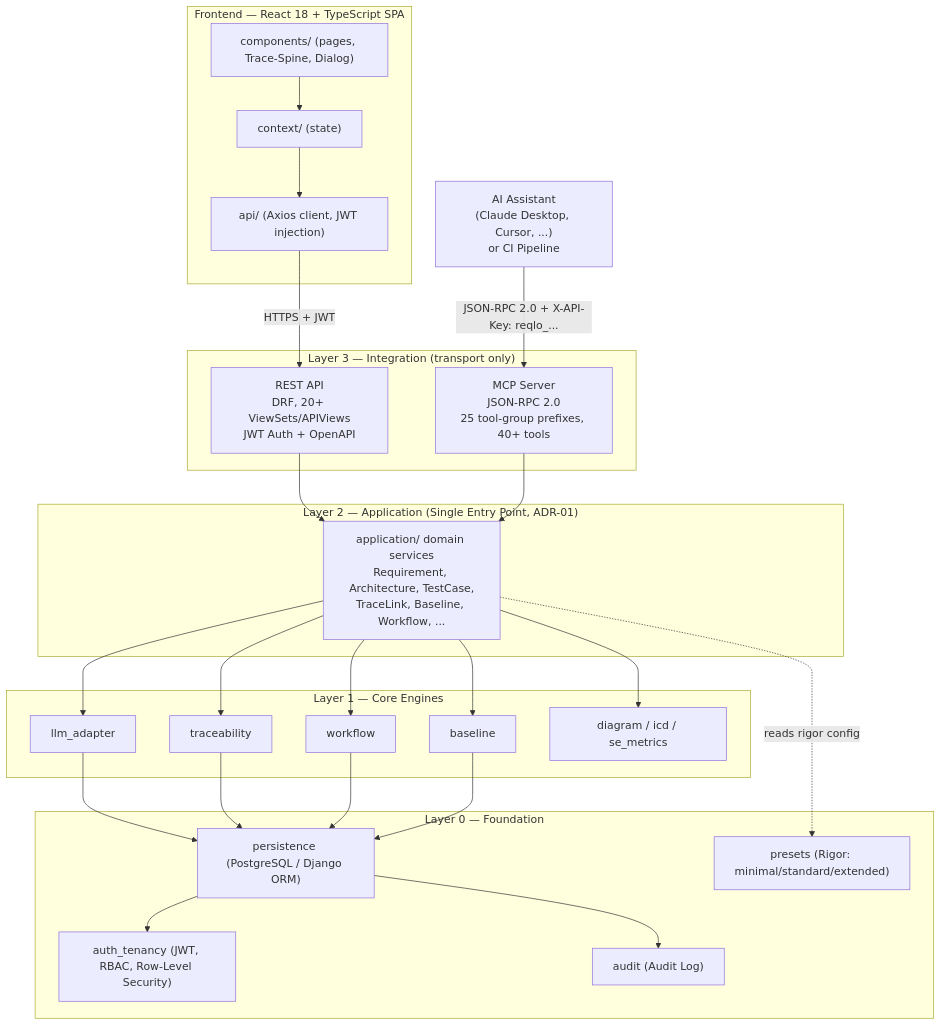
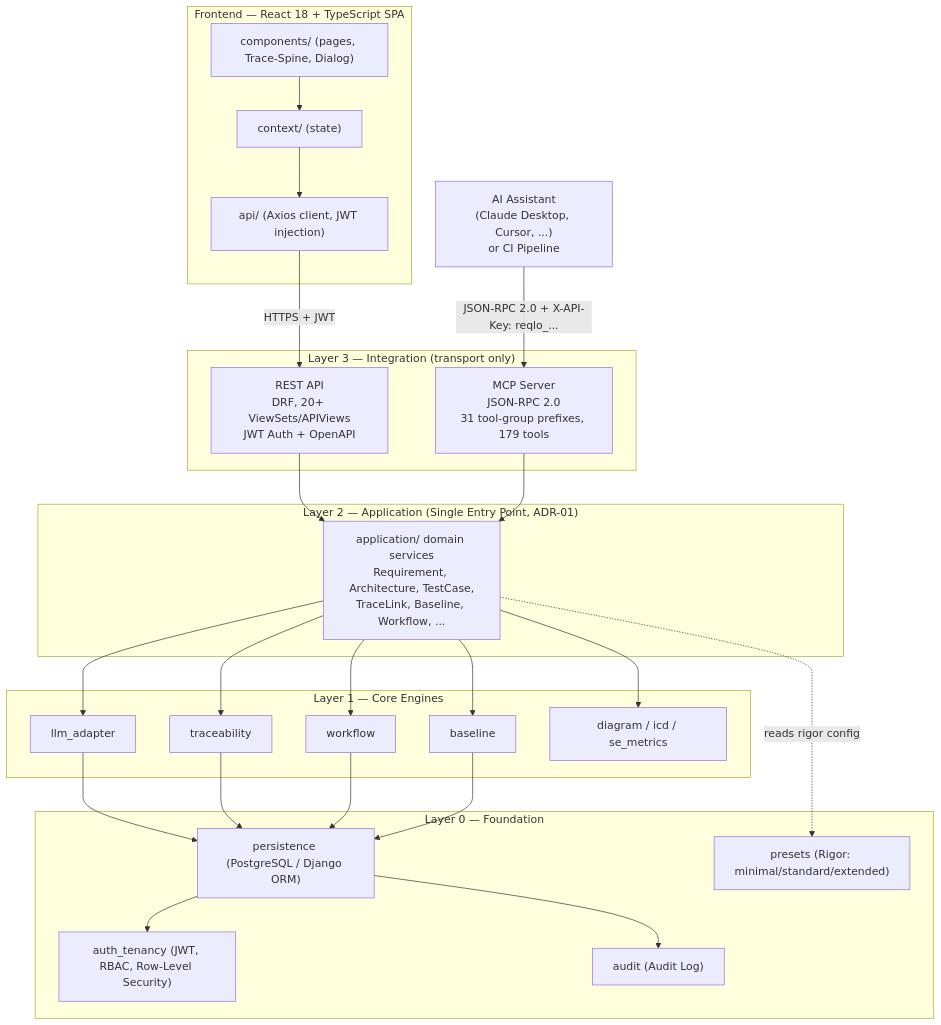
One commit to Popoboxxo/ReqogniLoom changed the first of 3 diagrams in README.md. Above: the diagram before and after it, drawn with Mermaid. The commit also changed other lines of this file and 1 other file, not shown here.

First line of the commit message:
docs: correct link-type/MCP-tool/test counts after traceability-semantik merge

````diff
--- a/README.md
+++ b/README.md
@@ -101,53 +101,53 @@
 ```mermaid
 graph TD
     subgraph FE["Frontend — React 18 + TypeScript SPA"]
         UI["components/ (pages, Trace-Spine, Dialog)"]
         CTX["context/ (state)"]
         APICLIENT["api/ (Axios client, JWT injection)"]
         UI --> CTX --> APICLIENT
     end
 
     EXT["AI Assistant<br/>(Claude Desktop, Cursor, ...)<br/>or CI Pipeline"]
 
     subgraph L3["Layer 3 — Integration (transport only)"]
         REST["REST API<br/>DRF, 20+ ViewSets/APIViews<br/>JWT Auth + OpenAPI"]
-        MCP["MCP Server<br/>JSON-RPC 2.0<br/>25 tool-group prefixes, 40+ tools"]
+        MCP["MCP Server<br/>JSON-RPC 2.0<br/>31 tool-group prefixes, 179 tools"]
     end
 
     subgraph L2["Layer 2 — Application (Single Entry Point, ADR-01)"]
         APP["application/ domain services<br/>Requirement, Architecture, TestCase,<br/>TraceLink, Baseline, Workflow, ..."]
     end
 
     subgraph L1["Layer 1 — Core Engines"]
         LLM["llm_adapter"]
         TRACE["traceability"]
         WF["workflow"]
         BASE["baseline"]
         DIAG["diagram / icd / se_metrics"]
     end
 
     subgraph L0["Layer 0 — Foundation"]
         PERSIST["persistence (PostgreSQL / Django ORM)"]
         AUTH["auth_tenancy (JWT, RBAC, Row-Level Security)"]
         PRESET["presets (Rigor: minimal/standard/extended)"]
         AUDIT["audit (Audit Log)"]
     end
 
     APICLIENT -->|"HTTPS + JWT"| REST
     EXT -->|"JSON-RPC 2.0 + X-API-Key: reqlo_..."| MCP
 
     REST --> APP
     MCP --> APP
     APP --> LLM
     APP --> TRACE
     APP --> WF
     APP --> BASE
     APP --> DIAG
     APP -.->|"reads rigor config"| PRESET
     LLM --> PERSIST
     TRACE --> PERSIST
     WF --> PERSIST
     BASE --> PERSIST
     PERSIST --> AUTH
     PERSIST --> AUDIT
 ```
````
